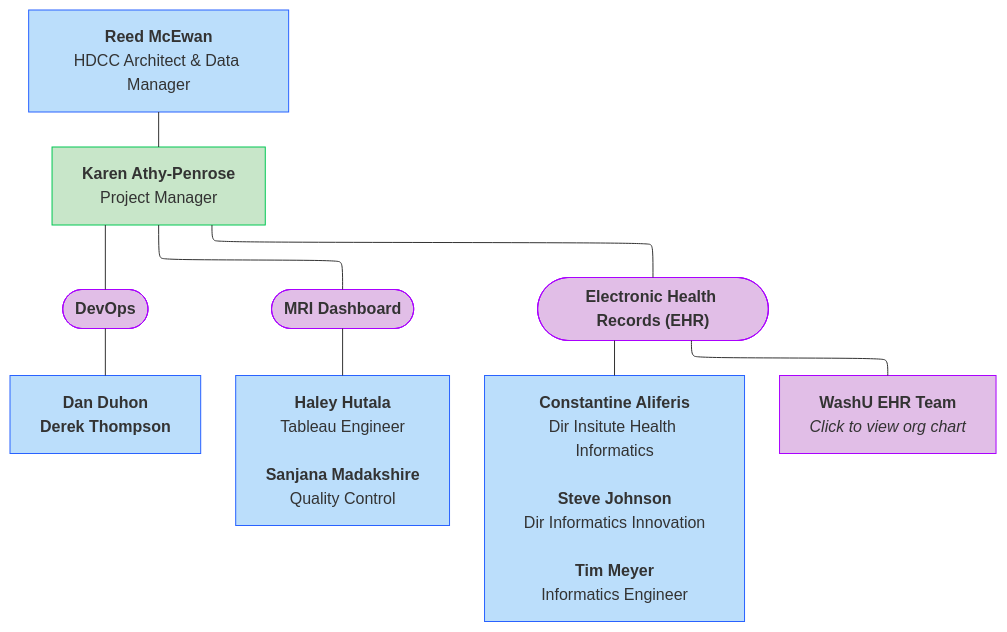
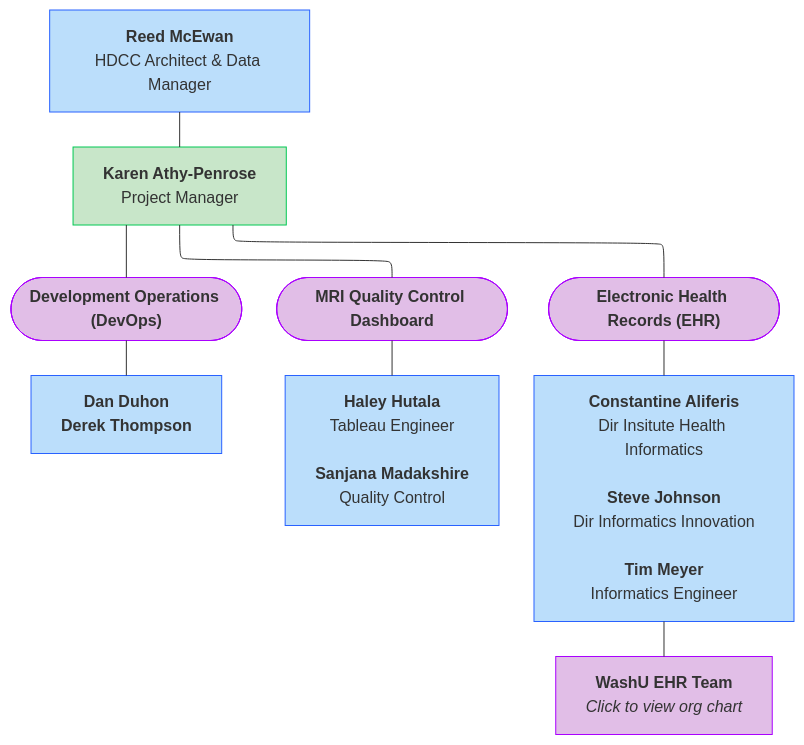
Before and after one commit to DCAN-Labs/hbcd-docs-internal: the fifth of 10 diagrams in docs/orgcharts.md, drawn with Mermaid.

Commit message:
spell out language in HST chart

````diff
--- a/docs/orgcharts.md
+++ b/docs/orgcharts.md
@@ -250,24 +250,24 @@
 ```mermaid
+---
 ---
 config:
   layout: elk
 ---
 flowchart TB
-    B["<b>Karen Athy-Penrose</b><br>Project Manager"] --- n2(["<b>DevOps</b>"])
-    B --- n3(["<b>MRI Dashboard</b>"]) & n4(["<b>Electronic Health Records (EHR)</b>"])
+    B["<b>Karen Athy-Penrose</b><br>Project Manager"] --- n2(["<b>Development Operations (DevOps)</b>"]) & n3(["<b>MRI Quality Control Dashboard</b>"]) & n4(["<b>Electronic Health Records (EHR)</b>"])
     n2 --- F["<b>Dan Duhon<br>Derek Thompson</b>"]
     n3 --- G["<b>Haley Hutala</b><br>Tableau Engineer<br><br><b>Sanjana Madakshire</b><br>Quality Control"]
-    n4 --- H["<b>Constantine Aliferis</b><br>Dir Insitute Health Informatics<br><br><b>Steve Johnson</b><br>Dir Informatics Innovation<br><br><b>Tim Meyer</b><br>Informatics Engineer"]
-    n4 --- n5["<b>WashU EHR Team<br></b><i>Click to view org chart</i>"]
     E["<b>Reed McEwan</b><br>HDCC Architect &amp; Data Manager"] --- B
+    H["<b>Constantine Aliferis</b><br>Dir Insitute Health Informatics<br><br><b>Steve Johnson</b><br>Dir Informatics Innovation<br><br><b>Tim Meyer</b><br>Informatics Engineer"] --- n5["<b>WashU EHR Team<br></b><i>Click to view org chart</i>"]
+    n4 --- H
     style B fill:#C8E6C9,stroke:#00C853
     style n2 fill:#E1BEE7,stroke:#AA00FF
     style n3 fill:#E1BEE7,stroke:#AA00FF
     style n4 fill:#E1BEE7,stroke:#AA00FF
     style F fill:#BBDEFB,stroke:#2962FF
     style G fill:#BBDEFB,stroke:#2962FF
+    style E fill:#BBDEFB,stroke:#2962FF
     style H fill:#BBDEFB,stroke:#2962FF
     style n5 fill:#E1BEE7,stroke:#AA00FF
-    style E fill:#BBDEFB,stroke:#2962FF
     click n5 "#washu"
 ```
````
